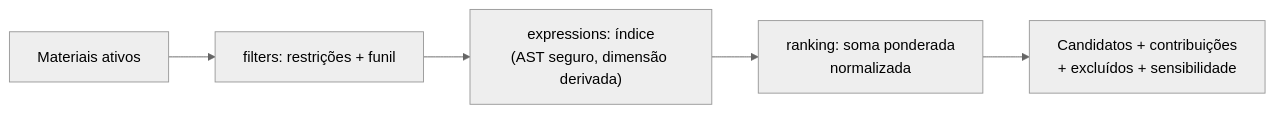
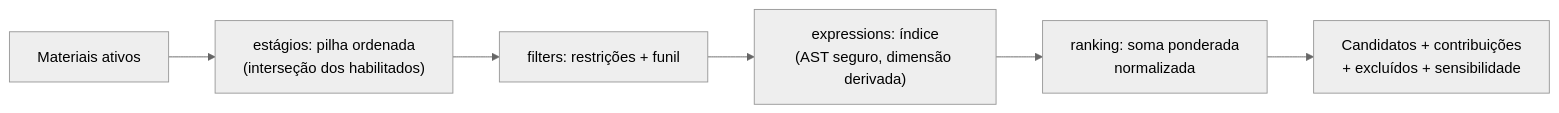
The fourth of 8 diagrams in docs/ARCHITECTURE.md (Streeft/MaterialSelect-AI), drawn with Mermaid (neutral theme) before and after one commit. The commit also changed other lines of this file and 6 other files, not shown here.

````diff
--- a/docs/ARCHITECTURE.md
+++ b/docs/ARCHITECTURE.md
@@ -215,7 +215,8 @@
 ```mermaid
 flowchart LR
-  A["Materiais ativos"] --> B["filters: restrições + funil"]
+  A["Materiais ativos"] --> S["estágios: pilha ordenada<br/>(interseção dos habilitados)"]
+  S --> B["filters: restrições + funil"]
   B --> C["expressions: índice<br/>(AST seguro, dimensão derivada)"]
   C --> D["ranking: soma ponderada<br/>normalizada"]
   D --> E["Candidatos + contribuições<br/>+ excluídos + sensibilidade"]
 ```
````
